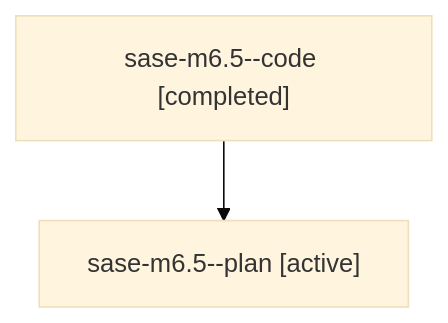
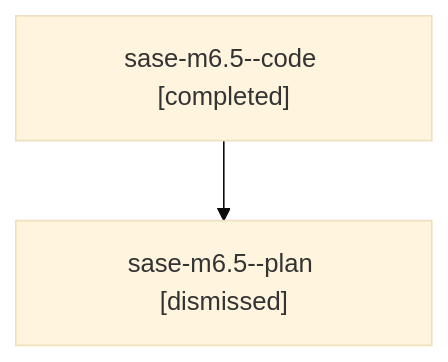
The diagram in sessions/bbugyi200.athena.sase-m6.5.md (sase-org/sase--agents), drawn with Mermaid (base theme) before and after one commit. The commit also changed other lines of this file and 187 other files, not shown here.

````diff
--- a/sessions/bbugyi200.athena.sase-m6.5.md
+++ b/sessions/bbugyi200.athena.sase-m6.5.md
@@ -9,6 +9,6 @@
 ```mermaid
 flowchart TD
   n0["sase-m6.5--code [completed]"]
-  n1["sase-m6.5--plan [active]"]
+  n1["sase-m6.5--plan [dismissed]"]
   n0 --> n1
 ```
````
